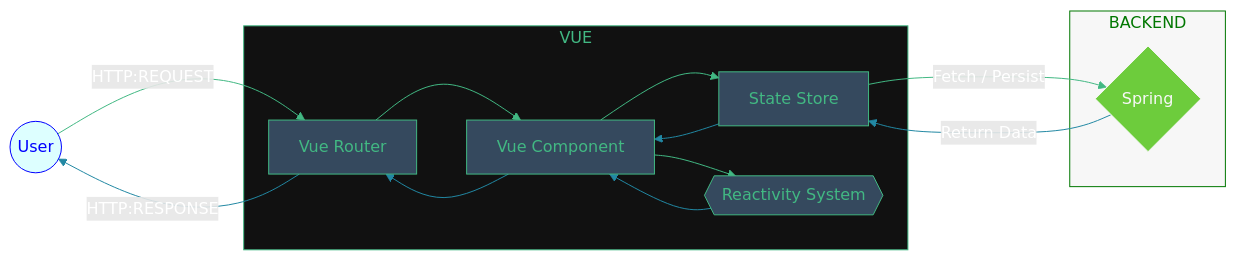
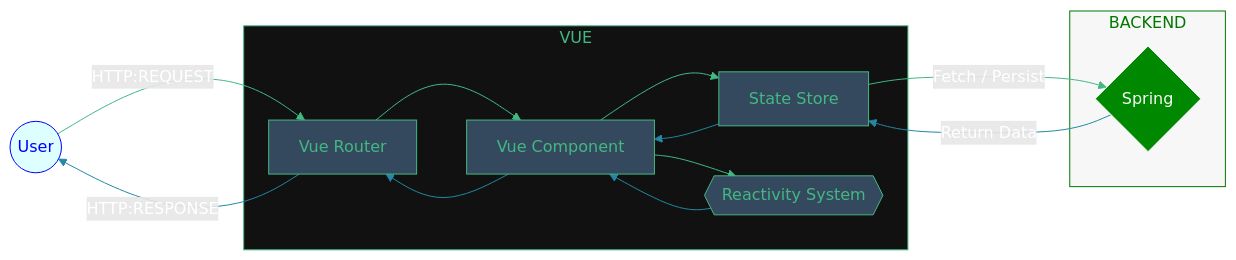
The first of 2 diagrams in .github/README.md (danielBRTanimacao/FinanceControl), drawn with Mermaid before and after one commit. The commit also changed other lines of this file and 1 other file, not shown here.

````diff
--- a/.github/README.md
+++ b/.github/README.md
@@ -40,39 +41,39 @@
 ```mermaid
 flowchart LR
 
 User((User))
 
 
 subgraph VUE
     Router[Vue Router]:::Arch
     Component[Vue Component]:::Arch
     Store[State Store]:::Arch
     ViewModel{{Reactivity System}}:::Arch
 end
 
 subgraph BACKEND
     Backend{Spring}
 end
 
 
 User --HTTP:REQUEST--> Router --> Component
 Component --> ViewModel
 Component --> Store
 Store --Fetch / Persist--> Backend
 Backend --Return Data--> Store
 ViewModel --> Component
 Store --> Component --> Router --HTTP:RESPONSE--> User
 
 
 style User fill:#dff,color:#00f,stroke:#00f;
 
 style VUE fill:#111,color:#42b883,stroke:#42b883;
 classDef Arch fill:#35495e,color:#42b883,stroke:#42b883;
 
 style BACKEND fill:#f7f7f7,color:#070,stroke:#070;
-style Backend fill:#6dcc3c,color:#f7f7f7,stroke:#f7f7f7;
+style Backend fill:#080,color:#f7f7f7,stroke:#f7f7f7;
 
 
 linkStyle 0,1,2,3,4 stroke:#42b883,color:#fff
 linkStyle 5,6,7,8,9 stroke:#2288a3,color:#fff
 ```
````
